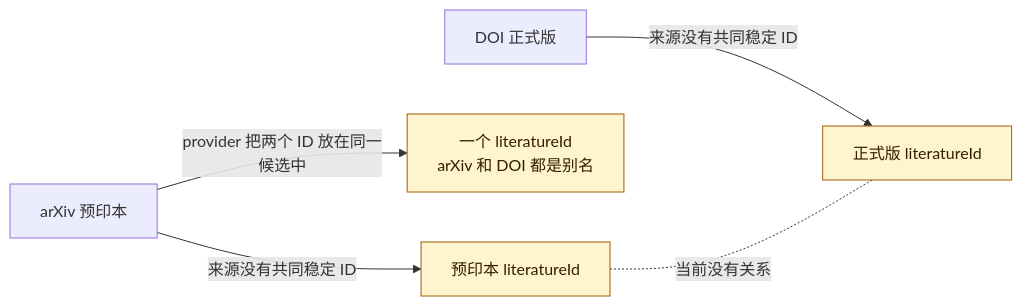
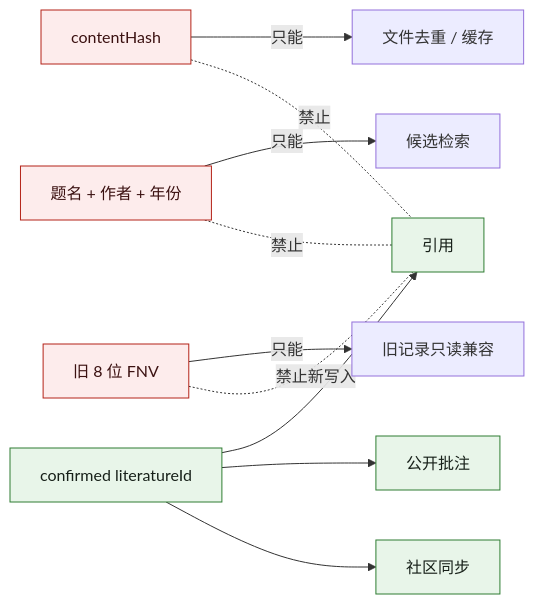
One commit to Hash012/Liteasy changed the sixth of 6 diagrams in docs/design/文献身份.md. Above: the diagram before and after it, drawn with Mermaid. The commit also changed other lines of this file and 1 other file, not shown here.

Commit message:
docs: define source-confirmed literature identity

````diff
--- a/docs/design/文献身份.md
+++ b/docs/design/文献身份.md
@@ -106,14 +238,19 @@
 ```mermaid
 flowchart LR
-  PRE["arXiv 预印本"]
-  PUB["DOI 正式版"]
+  A["contentHash"] -->|只能| CACHE["文件去重 / 缓存"]
+  B["题名 + 作者 + 年份"] -->|只能| CANDIDATE["候选检索"]
+  C["旧 8 位 FNV"] -->|只能| LEGACY["旧记录只读兼容"]
+  D["confirmed literatureId"] --> CITATION["引用"]
+  D --> ANNOTATION["公开批注"]
+  D --> COMMUNITY["社区同步"]
 
-  PRE -->|provider 把两个 ID 放在同一候选中| MERGED["一个 literatureId<br/>arXiv 和 DOI 都是别名"]
-  PRE -->|来源没有共同稳定 ID| SPLIT1["预印本 literatureId"]
-  PUB -->|来源没有共同稳定 ID| SPLIT2["正式版 literatureId"]
+  A -.禁止.- CITATION
+  B -.禁止.- CITATION
+  C -.禁止新写入.- CITATION
 
-  SPLIT1 -.当前没有关系.- SPLIT2
+  classDef allowed fill:#e8f5e9,stroke:#2e7d32,color:#172019;
+  classDef denied fill:#fdecec,stroke:#b42318,color:#3b1111;
 
-  classDef risk fill:#fff4ce,stroke:#a15c00,color:#302000;
-  class MERGED,SPLIT1,SPLIT2 risk;
+  class D,CITATION,ANNOTATION,COMMUNITY allowed;
+  class A,B,C denied;
 ```
````
